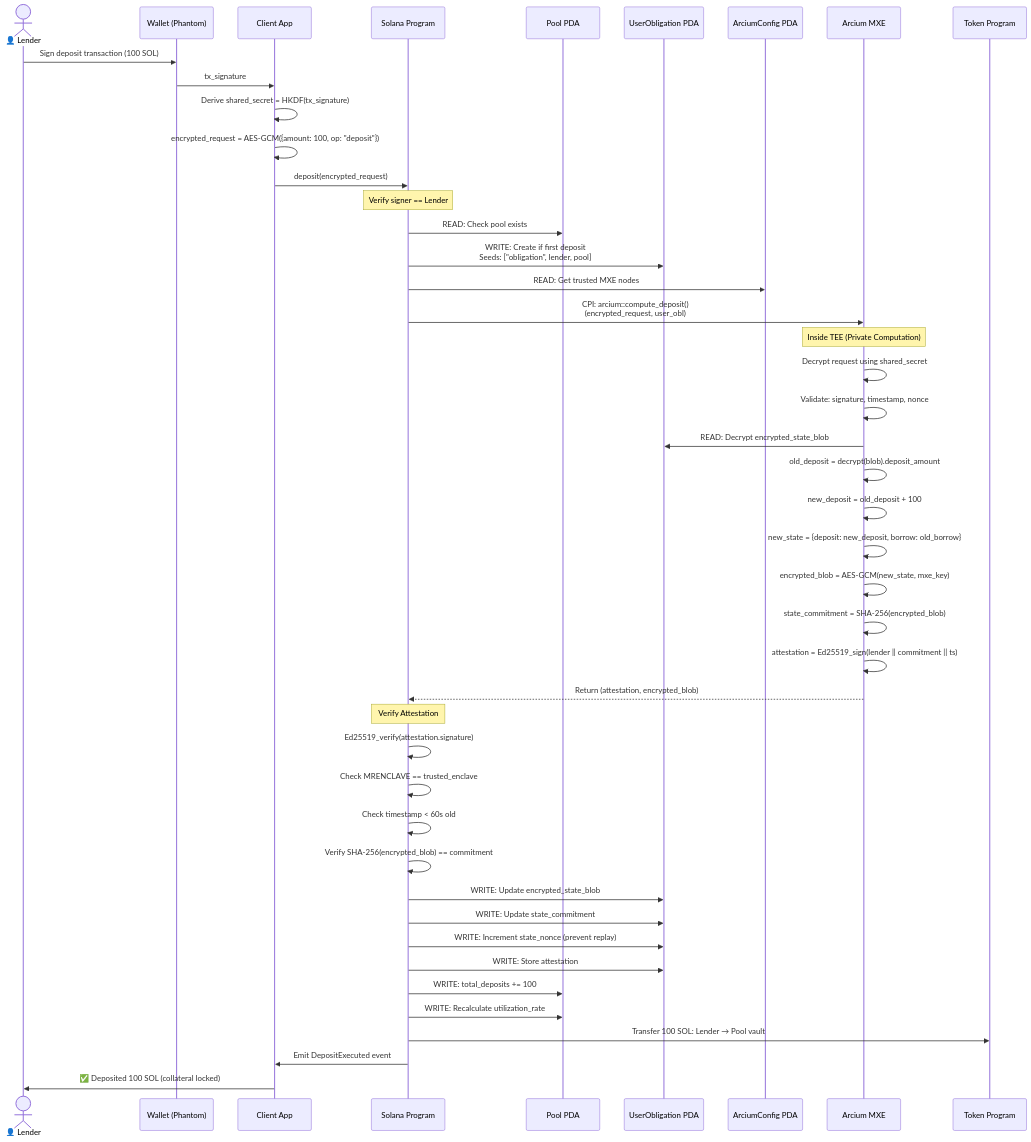
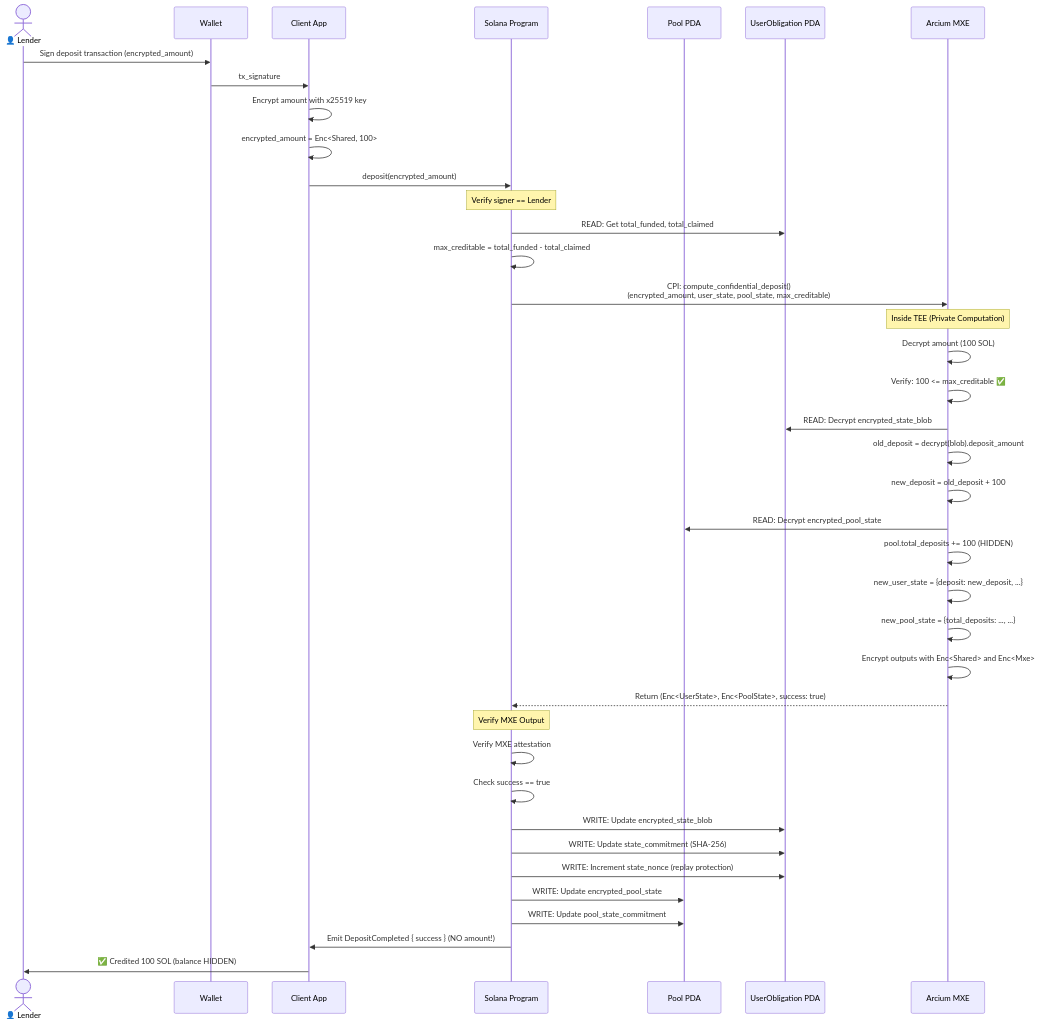
Before and after one commit to Venkat5599/ShadowLend: the second of 5 diagrams in docs/detailed_flow.md, drawn with Mermaid. The commit also changed other lines of this file and 57 other files, not shown here.

````diff
--- a/docs/detailed_flow.md
+++ b/docs/detailed_flow.md
@@ -5,59 +38,51 @@
 ```mermaid
 sequenceDiagram
     actor Lender as 👤 Lender
-    participant Wallet as Wallet (Phantom)
+    participant Wallet as Wallet
     participant Client as Client App
     participant Solana as Solana Program
     participant Pool as Pool PDA
     participant UserObl as UserObligation PDA
-    participant ArciumCfg as ArciumConfig PDA
     participant Arcium as Arcium MXE
-    participant Token as Token Program
 
-    Lender->>Wallet: Sign deposit transaction (100 SOL)
+    Lender->>Wallet: Sign deposit transaction (encrypted_amount)
     Wallet->>Client: tx_signature
-    Client->>Client: Derive shared_secret = HKDF(tx_signature)
-    Client->>Client: encrypted_request = AES-GCM({amount: 100, op: "deposit"})
+    Client->>Client: Encrypt amount with x25519 key
+    Client->>Client: encrypted_amount = Enc<Shared, 100>
 
-    Client->>Solana: deposit(encrypted_request)
+    Client->>Solana: deposit(encrypted_amount)
 
     Note over Solana: Verify signer == Lender
 
-    Solana->>Pool: READ: Check pool exists
-    Solana->>UserObl: WRITE: Create if first deposit<br/>Seeds: ["obligation", lender, pool]
+    Solana->>UserObl: READ: Get total_funded, total_claimed
+    Solana->>Solana: max_creditable = total_funded - total_claimed
 
-    Solana->>ArciumCfg: READ: Get trusted MXE nodes
-    Solana->>Arcium: CPI: arcium::compute_deposit()<br/>(encrypted_request, user_obl)
+    Solana->>Arcium: CPI: compute_confidential_deposit()<br/>(encrypted_amount, user_state, pool_state, max_creditable)
 
     Note over Arcium: Inside TEE (Private Computation)
-    Arcium->>Arcium: Decrypt request using shared_secret
-    Arcium->>Arcium: Validate: signature, timestamp, nonce
+    Arcium->>Arcium: Decrypt amount (100 SOL)
+    Arcium->>Arcium: Verify: 100 <= max_creditable ✅
     Arcium->>UserObl: READ: Decrypt encrypted_state_blob
     Arcium->>Arcium: old_deposit = decrypt(blob).deposit_amount
     Arcium->>Arcium: new_deposit = old_deposit + 100
-    Arcium->>Arcium: new_state = {deposit: new_deposit, borrow: old_borrow}
-    Arcium->>Arcium: encrypted_blob = AES-GCM(new_state, mxe_key)
-    Arcium->>Arcium: state_commitment = SHA-256(encrypted_blob)
-    Arcium->>Arcium: attestation = Ed25519_sign(lender || commitment || ts)
+    Arcium->>Pool: READ: Decrypt encrypted_pool_state
+    Arcium->>Arcium: pool.total_deposits += 100 (HIDDEN)
+    Arcium->>Arcium: new_user_state = {deposit: new_deposit, ...}
+    Arcium->>Arcium: new_pool_state = {total_deposits: ..., ...}
+    Arcium->>Arcium: Encrypt outputs with Enc<Shared> and Enc<Mxe>
 
-    Arcium-->>Solana: Return (attestation, encrypted_blob)
+    Arcium-->>Solana: Return (Enc<UserState>, Enc<PoolState>, success: true)
 
-    Note over Solana: Verify Attestation
-    Solana->>Solana: Ed25519_verify(attestation.signature)
-    Solana->>Solana: Check MRENCLAVE == trusted_enclave
-    Solana->>Solana: Check timestamp < 60s old
-    Solana->>Solana: Verify SHA-256(encrypted_blob) == commitment
+    Note over Solana: Verify MXE Output
+    Solana->>Solana: Verify MXE attestation
+    Solana->>Solana: Check success == true
 
     Solana->>UserObl: WRITE: Update encrypted_state_blob
-    Solana->>UserObl: WRITE: Update state_commitment
-    Solana->>UserObl: WRITE: Increment state_nonce (prevent replay)
-    Solana->>UserObl: WRITE: Store attestation
+    Solana->>UserObl: WRITE: Update state_commitment (SHA-256)
+    Solana->>UserObl: WRITE: Increment state_nonce (replay protection)
+    Solana->>Pool: WRITE: Update encrypted_pool_state
+    Solana->>Pool: WRITE: Update pool_state_commitment
 
-    Solana->>Pool: WRITE: total_deposits += 100
-    Solana->>Pool: WRITE: Recalculate utilization_rate
-
-    Solana->>Token: Transfer 100 SOL: Lender → Pool vault
-
-    Solana->>Client: Emit DepositExecuted event
-    Client->>Lender: ✅ Deposited 100 SOL (collateral locked)
+    Solana->>Client: Emit DepositCompleted { success } (NO amount!)
+    Client->>Lender: ✅ Credited 100 SOL (balance HIDDEN)
 ```
````
